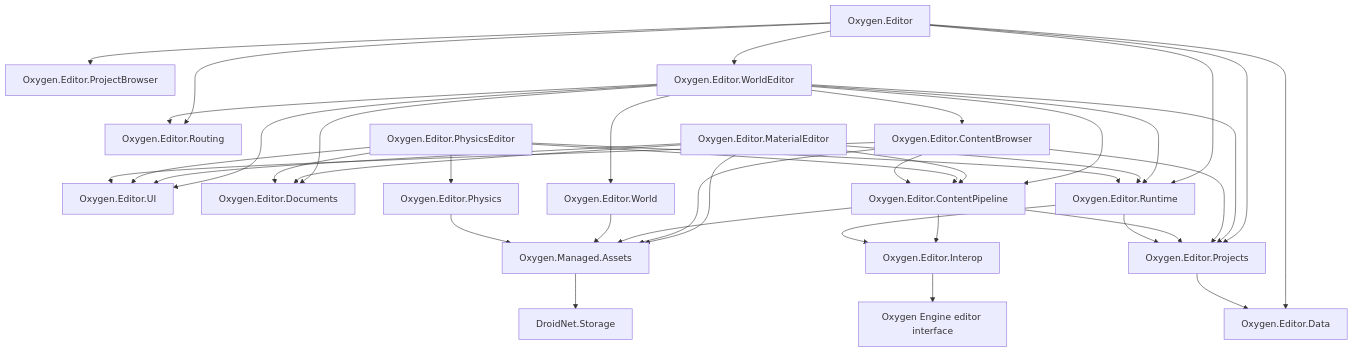
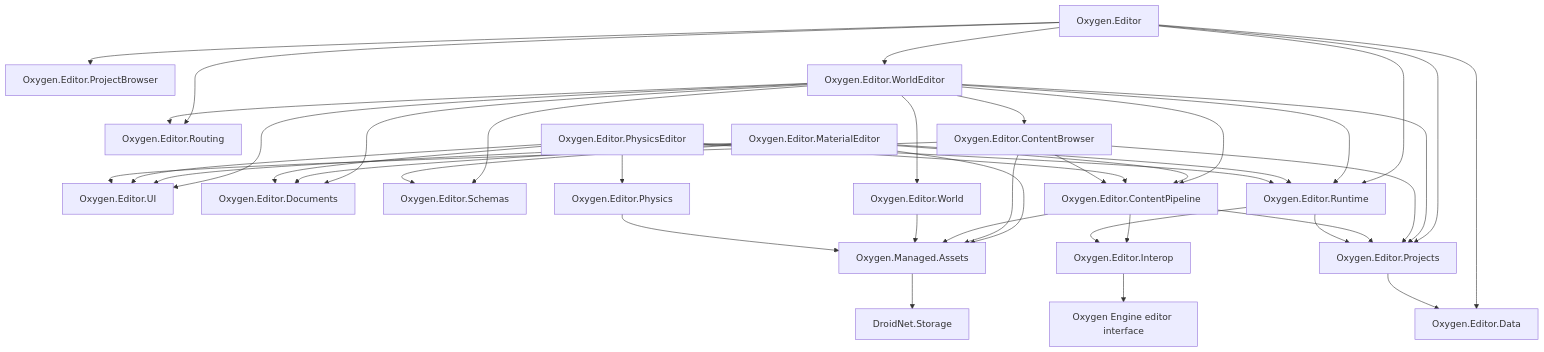
Before and after one commit to abdes/DroidNet: the tenth of 10 diagrams in design/editor/ARCHITECTURE.md, drawn with Mermaid. The commit also changed other lines of this file and 32 other files, not shown here.

````diff
--- a/design/editor/ARCHITECTURE.md
+++ b/design/editor/ARCHITECTURE.md
@@ -980,61 +988,64 @@
 ```mermaid
 flowchart TB
     App[Oxygen.Editor]
     UI[Oxygen.Editor.UI]
     Routing[Oxygen.Editor.Routing]
     PB[Oxygen.Editor.ProjectBrowser]
     Docs[Oxygen.Editor.Documents]
+    Schemas[Oxygen.Editor.Schemas]
     WorldEditor[Oxygen.Editor.WorldEditor]
     MaterialEditor[Oxygen.Editor.MaterialEditor]
     PhysicsEditor[Oxygen.Editor.PhysicsEditor]
     ContentBrowser[Oxygen.Editor.ContentBrowser]
     Projects[Oxygen.Editor.Projects]
     Pipeline[Oxygen.Editor.ContentPipeline]
     Runtime[Oxygen.Editor.Runtime]
     Interop[Oxygen.Editor.Interop]
     World[Oxygen.Editor.World]
     Physics[Oxygen.Editor.Physics]
     Data[Oxygen.Editor.Data]
     Assets[Oxygen.Managed.Assets]
     Storage[DroidNet.Storage]
     Engine[Oxygen Engine editor interface]
 
     App --> PB
     App --> WorldEditor
     App --> Projects
     App --> Runtime
     App --> Data
     App --> Routing
     WorldEditor --> UI
     WorldEditor --> Routing
     WorldEditor --> Docs
+    WorldEditor --> Schemas
     WorldEditor --> World
     WorldEditor --> ContentBrowser
     WorldEditor --> Projects
     WorldEditor --> Pipeline
     WorldEditor --> Runtime
     MaterialEditor --> UI
     MaterialEditor --> Docs
+    MaterialEditor --> Schemas
     MaterialEditor --> Assets
     MaterialEditor --> Pipeline
     MaterialEditor --> Runtime
     PhysicsEditor --> UI
     PhysicsEditor --> Docs
     PhysicsEditor --> Physics
     PhysicsEditor --> Pipeline
     PhysicsEditor --> Runtime
     ContentBrowser --> UI
     ContentBrowser --> Assets
     ContentBrowser --> Projects
     ContentBrowser --> Pipeline
     Pipeline --> Assets
     Pipeline --> Projects
     Pipeline --> Interop
     Runtime --> Interop
     Runtime --> Projects
     Interop --> Engine
     World --> Assets
     Physics --> Assets
     Assets --> Storage
     Projects --> Data
 ```
````
